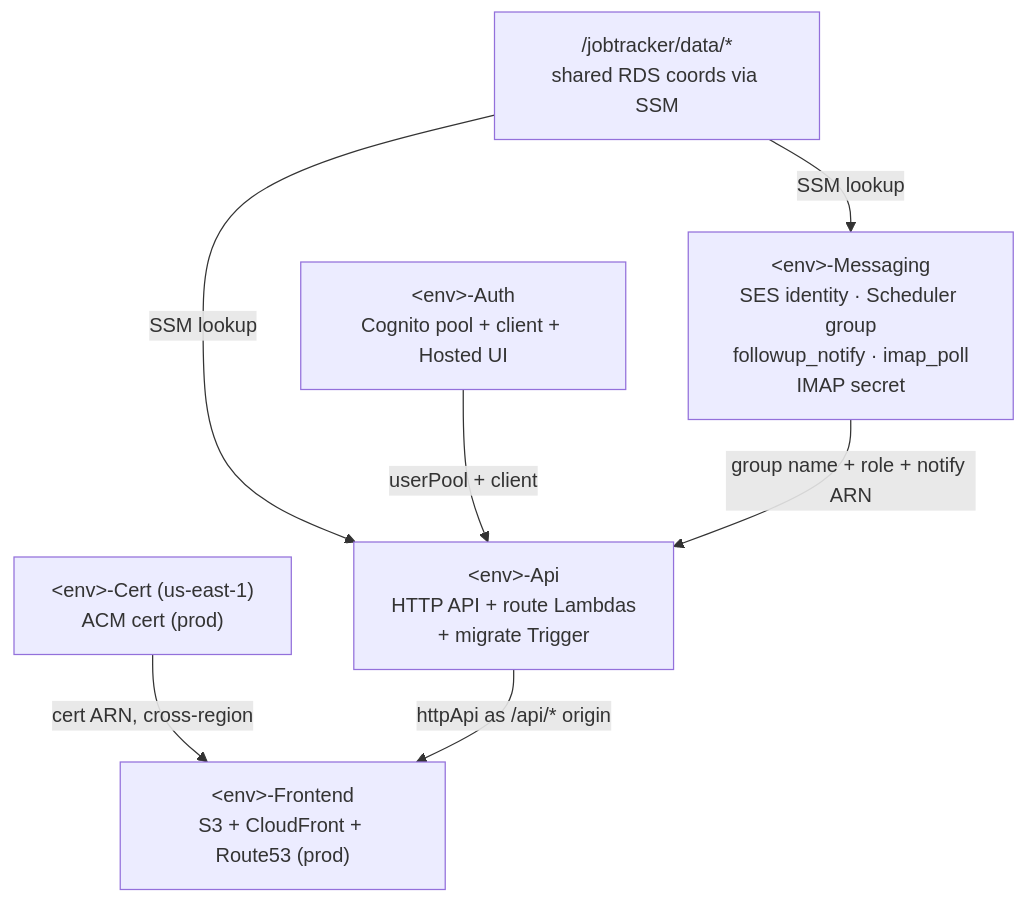
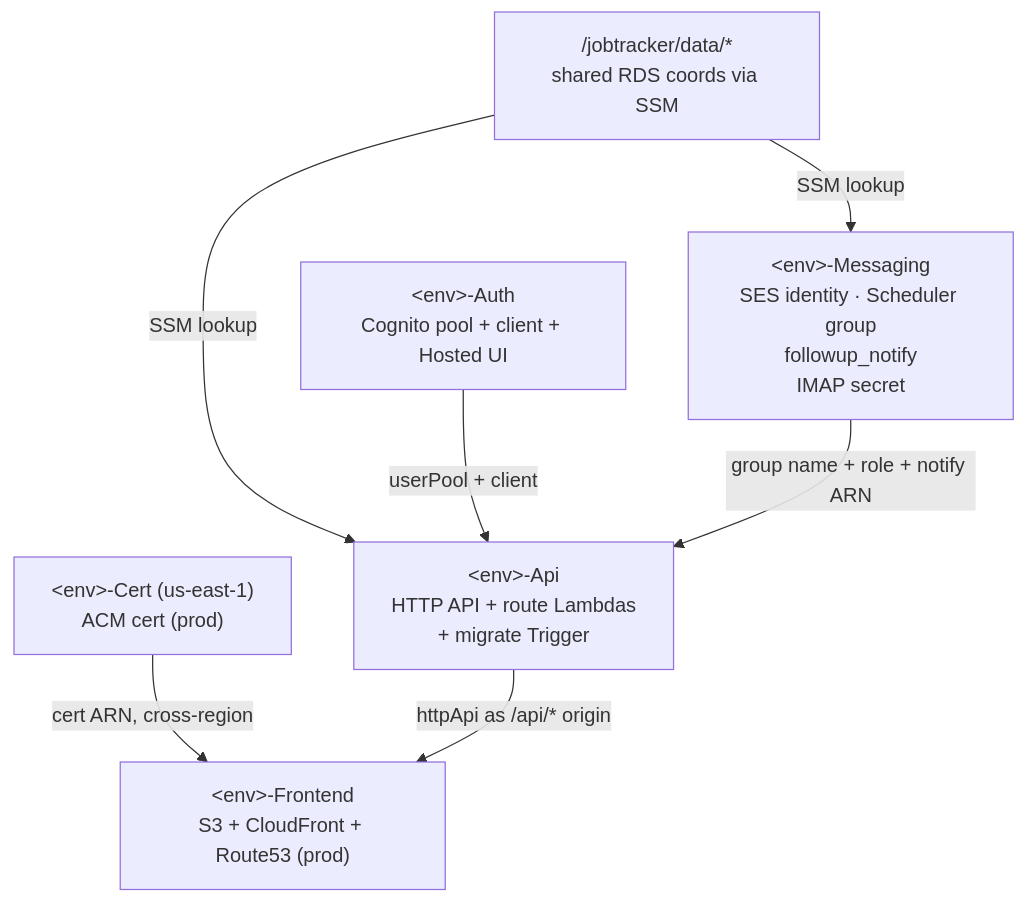
The fourth of 4 diagrams in docs/ARCHITECTURE.md (saastabp/speaker-tracker), drawn with Mermaid before and after one commit. The commit also changed other lines of this file and 1 other file, not shown here.

First line of the commit message:
Bring DATABASE.md and ARCHITECTURE.md back in step with slice 6b

````diff
--- a/docs/ARCHITECTURE.md
+++ b/docs/ARCHITECTURE.md
@@ -382,16 +410,16 @@
 ```mermaid
 flowchart TB
     JTDATA["/jobtracker/data/*<br/>shared RDS coords via SSM"]
     AUTH["&lt;env&gt;-Auth<br/>Cognito pool + client + Hosted UI"]
     CERT["&lt;env&gt;-Cert (us-east-1)<br/>ACM cert (prod)"]
-    MSG["&lt;env&gt;-Messaging<br/>SES identity · Scheduler group<br/>followup_notify · imap_poll<br/>IMAP secret"]
+    MSG["&lt;env&gt;-Messaging<br/>SES identity · Scheduler group<br/>followup_notify<br/>IMAP secret"]
     API["&lt;env&gt;-Api<br/>HTTP API + route Lambdas<br/>+ migrate Trigger"]
     FE["&lt;env&gt;-Frontend<br/>S3 + CloudFront + Route53 (prod)"]
 
     JTDATA -->|SSM lookup| API
     JTDATA -->|SSM lookup| MSG
     AUTH -->|userPool + client| API
     MSG -->|"group name + role + notify ARN"| API
     CERT -->|"cert ARN, cross-region"| FE
     API -->|"httpApi as /api/* origin"| FE
 ```
````
